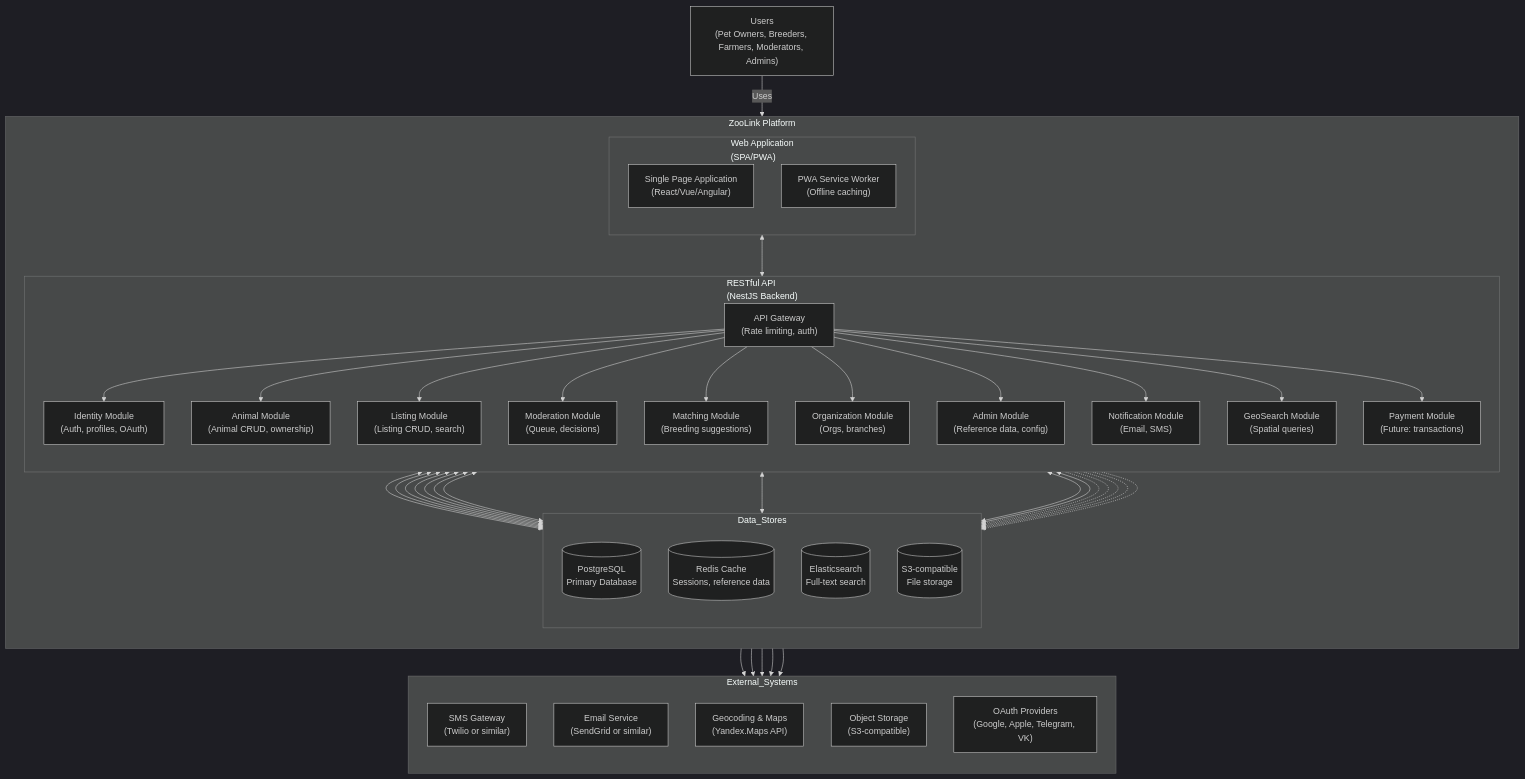
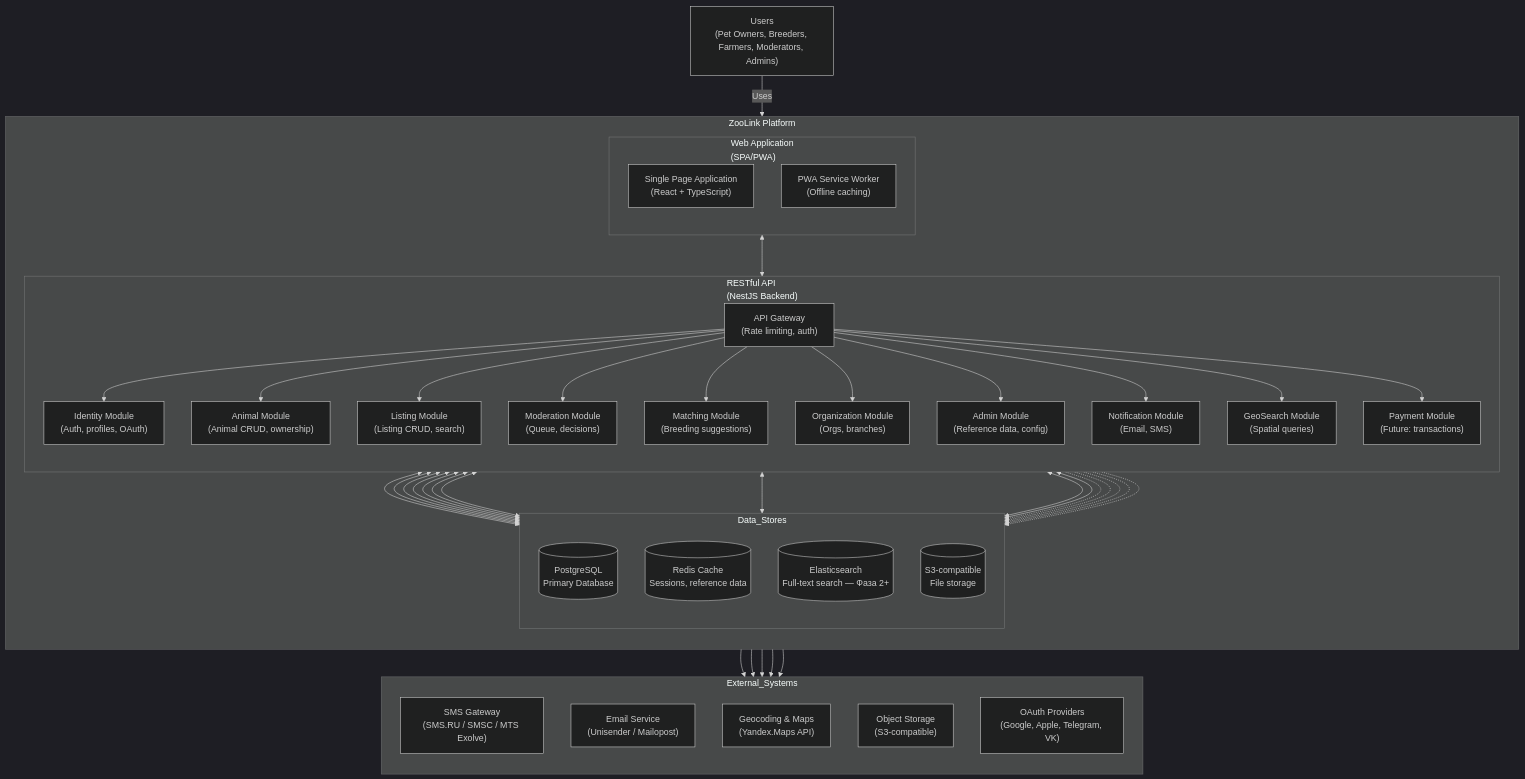
One commit to Aleksandr-Sulimenko/ZooLink changed the diagram in docs/03-architecture/container-diagram.md. Above: the diagram before and after it, drawn with Mermaid (dark theme). The commit also changed other lines of this file and 28 other files, not shown here.

```diff
--- a/docs/03-architecture/container-diagram.md
+++ b/docs/03-architecture/container-diagram.md
@@ -9,8 +9,8 @@
     %% External Systems (from Level 1)
     subgraph External_Systems
         direction TB
-        SMS["SMS Gateway<br/>(Twilio or similar)"]
-        Email["Email Service<br/>(SendGrid or similar)"]
+        SMS["SMS Gateway<br/>(SMS.RU / SMSC / MTS Exolve)"]
+        Email["Email Service<br/>(Unisender / Mailopost)"]
         Maps["Geocoding & Maps<br/>(Yandex.Maps API)"]
         Storage["Object Storage<br/>(S3-compatible)"]
         OAuth["OAuth Providers<br/>(Google, Apple, Telegram, VK)"]
@@ -22,7 +22,7 @@
         %% Web Application
         subgraph WebApp["Web Application<br/>(SPA/PWA)"]
             direction TB
-            SPA["Single Page Application<br/>(React/Vue/Angular)"]
+            SPA["Single Page Application<br/>(React + TypeScript)"]
             PWA_ServiceWorker["PWA Service Worker<br/>(Offline caching)"]
         end
 
@@ -47,7 +47,7 @@
             direction TB
             DB[(PostgreSQL<br/>Primary Database)]
             Cache[(Redis Cache<br/>Sessions, reference data)]
-            Search_Index[(Elasticsearch<br/>Full-text search)]
+            Search_Index[(Elasticsearch<br/>Full-text search — Фаза 2+)]
             Object_Storage[(S3-compatible<br/>File storage)]
         end
     end
```
